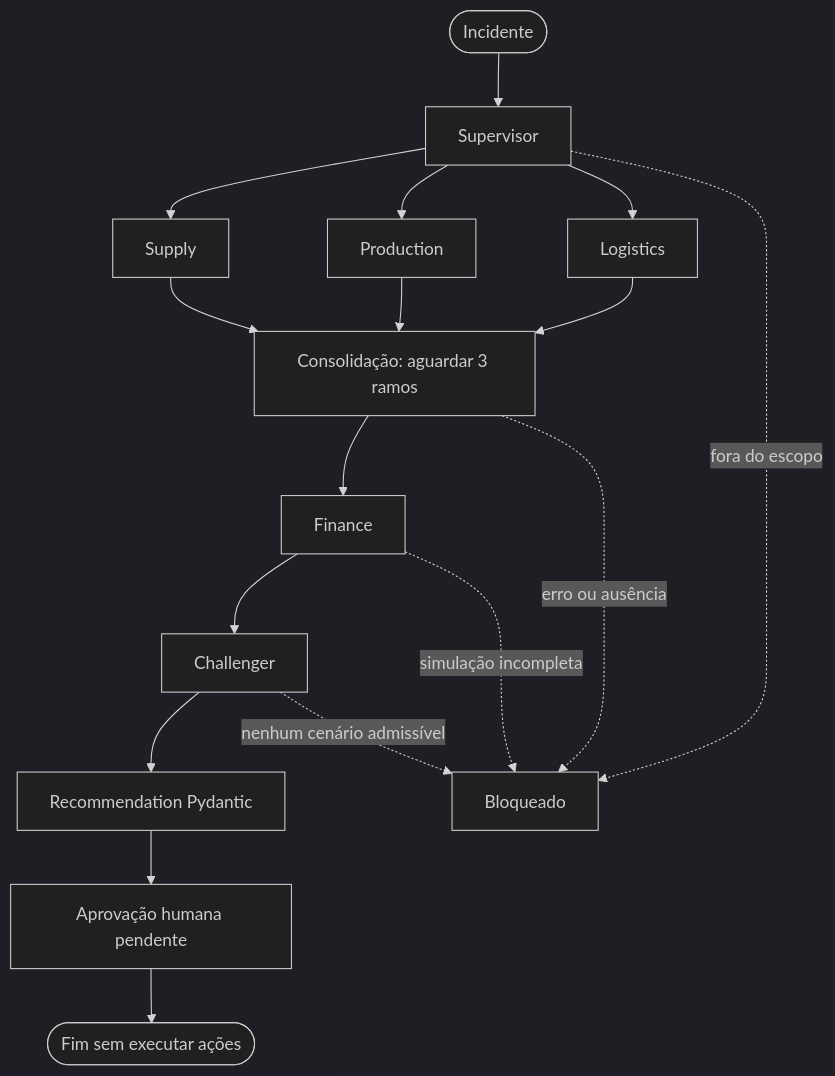
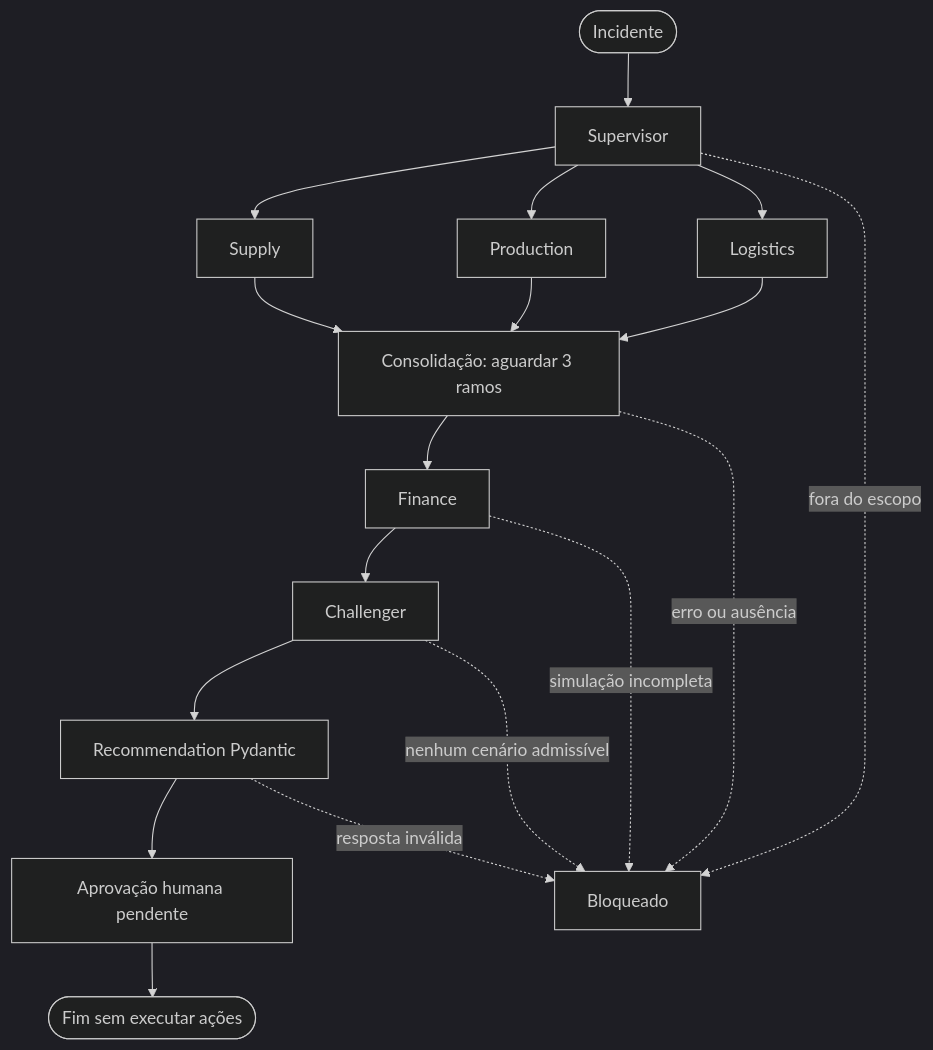
Before and after one commit to leandrol3/agentic-operations-control-tower: the diagram in docs/architecture/README.md, drawn with Mermaid (dark theme). The commit also changed other lines of this file and 34 other files, not shown here.

````diff
--- a/docs/architecture/README.md
+++ b/docs/architecture/README.md
@@ -6,19 +6,20 @@
 ```mermaid
 flowchart TD
     Start([Incidente]) --> Supervisor
     Supervisor --> Supply
     Supervisor --> Production
     Supervisor --> Logistics
     Supply --> Join[Consolidação: aguardar 3 ramos]
     Production --> Join
     Logistics --> Join
     Join --> Finance
     Finance --> Challenger
     Challenger --> Recommendation[Recommendation Pydantic]
     Recommendation --> Approval[Aprovação humana pendente]
     Approval --> End([Fim sem executar ações])
     Supervisor -. fora do escopo .-> Blocked[Bloqueado]
     Join -. erro ou ausência .-> Blocked
     Finance -. simulação incompleta .-> Blocked
     Challenger -. nenhum cenário admissível .-> Blocked
+    Recommendation -. resposta inválida .-> Blocked
 ```
````
